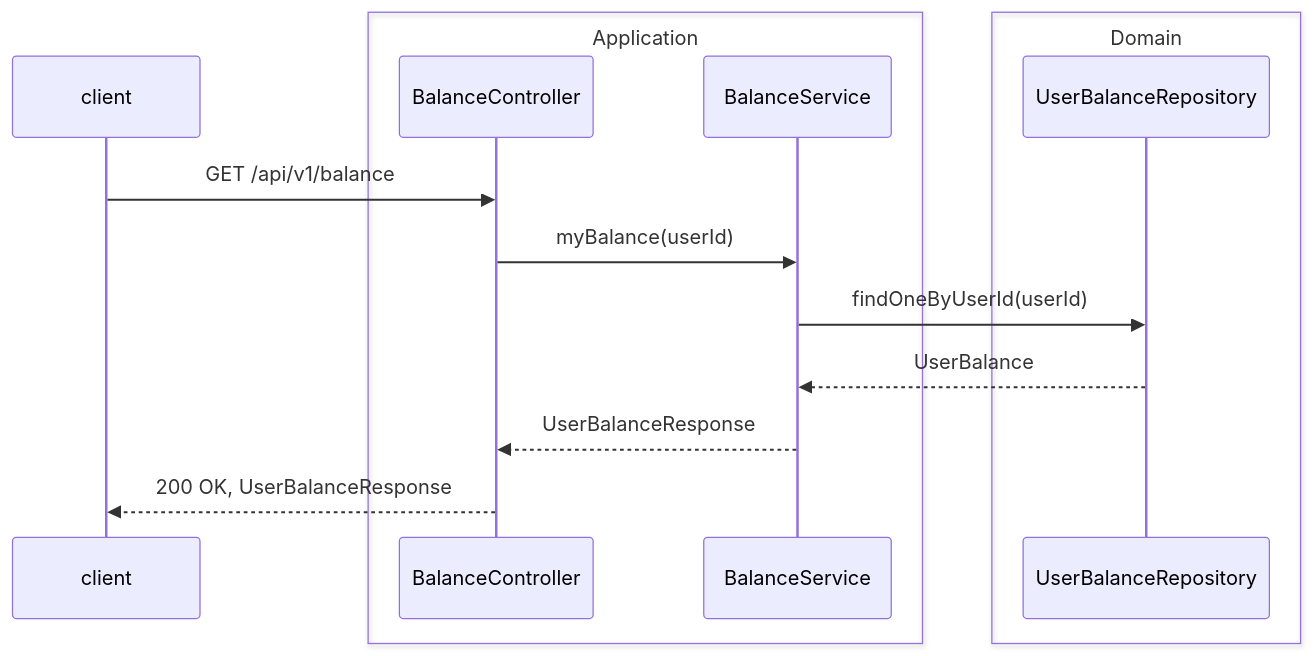
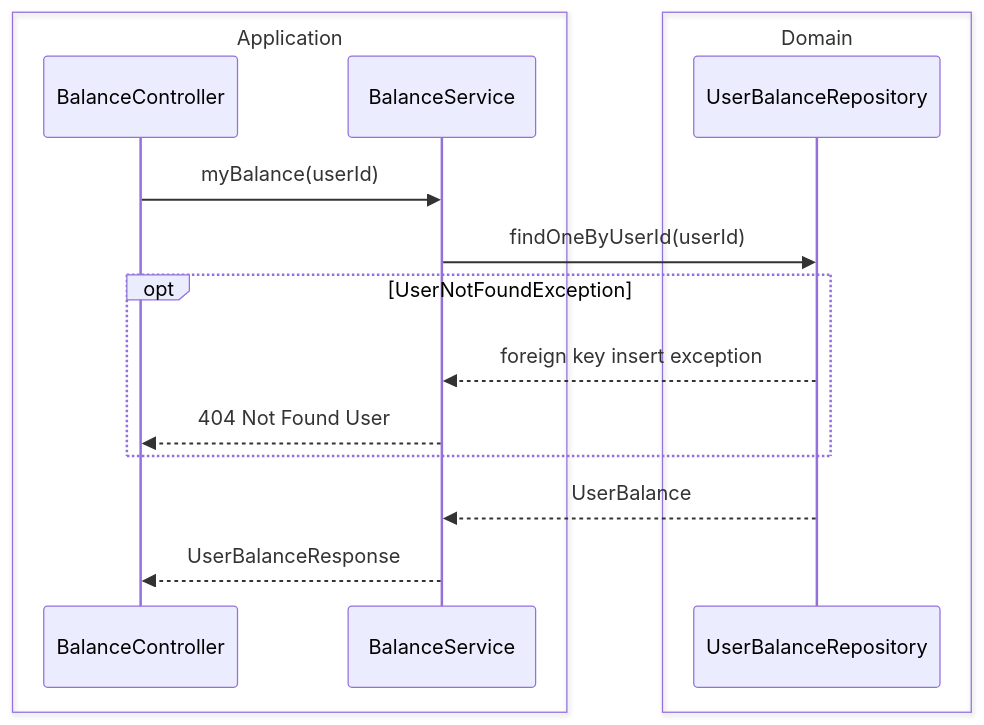
The second of 4 diagrams in docs/api/balance.md (newbieJanghan/hh_plus_server), drawn with Mermaid before and after one commit. The commit also changed other lines of this file and 2 other files, not shown here.

Commit message:
Docs: API 문서 수정

````diff
--- a/docs/api/balance.md
+++ b/docs/api/balance.md
@@ -42,22 +60,20 @@
 ```mermaid
 sequenceDiagram
-    participant client
-#
     box Application
         participant BalanceController
         participant BalanceService
     end
-#
     box Domain
         participant UserBalanceRepository
     end
 #
-    client ->> BalanceController: GET /api/v1/balance
     BalanceController ->> BalanceService: myBalance(userId)
-#
     BalanceService ->> UserBalanceRepository: findOneByUserId(userId)
+    opt UserNotFoundException
+        UserBalanceRepository -->> BalanceService: foreign key insert exception
+        BalanceService -->> BalanceController: 404 Not Found User
+    end
     UserBalanceRepository -->> BalanceService: UserBalance
 #
     BalanceService -->> BalanceController: UserBalanceResponse
-    BalanceController -->> client: 200 OK, UserBalanceResponse
 ```
````
